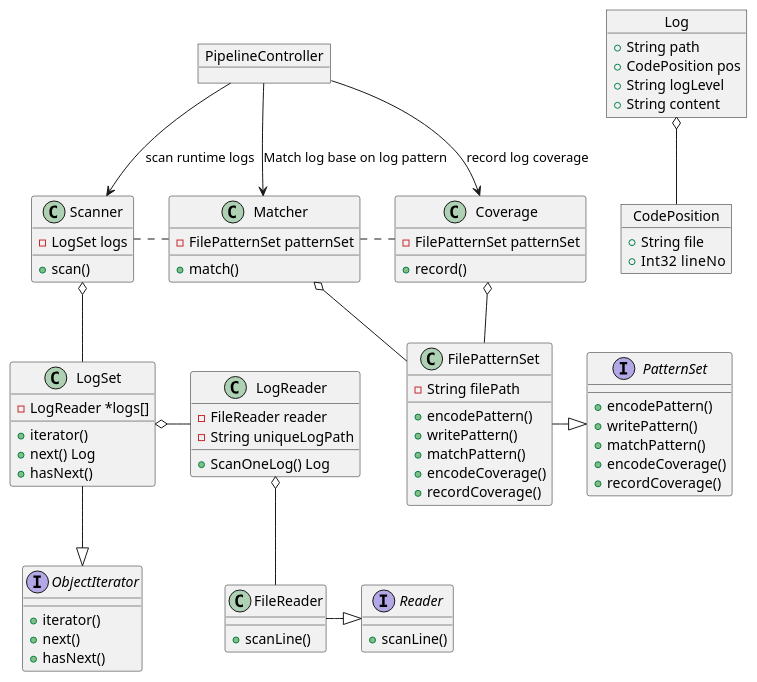
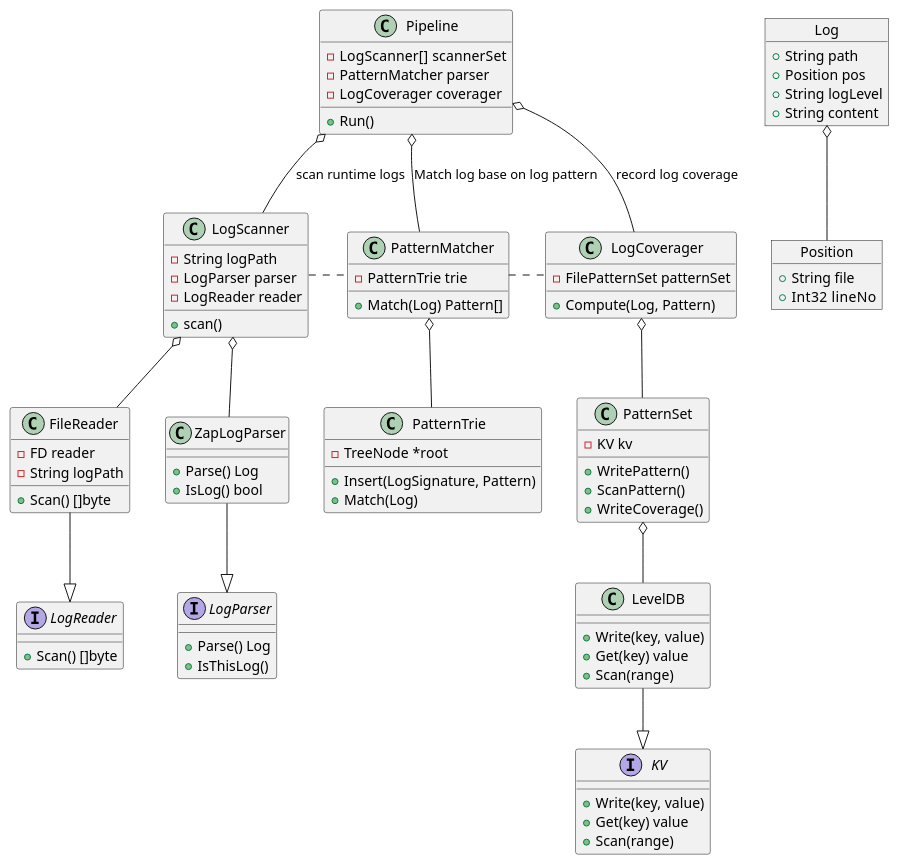
One commit to IANTHEREAL/logutil changed the diagram in logcovuml/logcov-scan.md. Above: the diagram before and after it, drawn with PlantUML. The commit also changed 10 other files, not shown here.

```diff
--- a/logcovuml/logcov-scan.md
+++ b/logcovuml/logcov-scan.md
@@ -1,103 +1,113 @@
 @startuml
 
-interface ObjectIterator {
-    + iterator()
-    + next()
-    + hasNext()
+interface KV {
+    + Write(key, value)
+    + Get(key) value
+    + Scan(range) 
 }
 
-interface Reader {
-    + scanLine()
+interface LogReader {
+    + Scan() []byte
 }
 
-interface PatternSet {
-    + encodePattern()
-    + writePattern()
-    + matchPattern()
-    + encodeCoverage()
-    + recordCoverage()
+interface LogParser {
+    + Parse() Log
+    + IsThisLog()
 }
 
 class FileReader {
-    + scanLine()
+    + Scan() []byte
+    - FD reader
+    - String logPath
 }
 
-class LogReader {
-    + ScanOneLog() Log
-    - FileReader reader
-    - String uniqueLogPath
+class ZapLogParser {
+    + Parse() Log
+    + IsLog() bool
 }
 
-class LogSet {
-    + iterator()
-    + next() Log
-    + hasNext()
-    - LogReader *logs[]
+class LogScanner {
+    + scan()
+    - String logPath
+    - LogParser parser
+    - LogReader reader
 }
 
-object CodePosition {
+class Pipeline {
+    + Run()
+    - LogScanner[]  scannerSet
+    - PatternMatcher parser
+    - LogCoverager coverager 
+}
+
+object Position {
     + String file
     + Int32  lineNo
 }
 
 object Log {
     + String path
-    + CodePosition pos
+    + Position pos
     + String logLevel
     + String content
 }
 
-class Scanner {
-    + scan()
-    - LogSet logs
-
+class PatternMatcher {
+    + Match(Log) Pattern[]
+    - PatternTrie trie
 }
 
-class Matcher {
-    + match()
+Class PatternTrie {
+    + Insert(LogSignature, Pattern)
+    + Match(Log)
+    - TreeNode *root
+}
+
+class LogCoverager {
+    + Compute(Log, Pattern)
     - FilePatternSet patternSet
 }
 
-class Coverage {
-    + record()
-    - FilePatternSet patternSet
+Class LevelDB {
+    + Write(key, value)
+    + Get(key) value
+    + Scan(range) 
 }
 
-class FilePatternSet {
-    + encodePattern()
-    + writePattern()
-    + matchPattern()
-    + encodeCoverage()
-    + recordCoverage()
-    - String filePath
+Class PatternSet {
+    - KV kv
+    + WritePattern()
+    + ScanPattern()
+    + WriteCoverage()
 }
 
-object PipelineController
 
-LogSet --|> ObjectIterator
-FileReader -r-|> Reader
-LogSet o-r- LogReader
-LogReader o-- FileReader
+LevelDB --|> KV
+FileReader --|> LogReader
+ZapLogParser --|> LogParser
 
-FilePatternSet -r-|> PatternSet
-Matcher o-d- FilePatternSet
-Coverage o-d- FilePatternSet
-Log o-d- CodePosition
+PatternSet o-- LevelDB
+LogScanner o-- FileReader
+LogScanner o-- ZapLogParser
+Log o-- Position
 
-Scanner o-d- LogSet
 
-Scanner .r. Matcher
-Matcher .r. Coverage
+Pipeline o-- LogScanner: scan runtime logs
+Pipeline o-- PatternMatcher: Match log base on log pattern
+Pipeline o-- LogCoverager: record log coverage
 
-PipelineController --> Scanner: scan runtime logs
-PipelineController --> Matcher: Match log base on log pattern
-PipelineController --> Coverage: record log coverage
+PatternMatcher o-- PatternTrie
+LogCoverager o-- PatternSet
+
+
+LogScanner .r. PatternMatcher
+PatternMatcher .r. LogCoverager
 
 
 together {
-    class Scanner
-    class Matcher
-    class Coverage
+    class LogScanner
+    class PatternMatcher
+    class LogCoverager
 }
 
 
```
